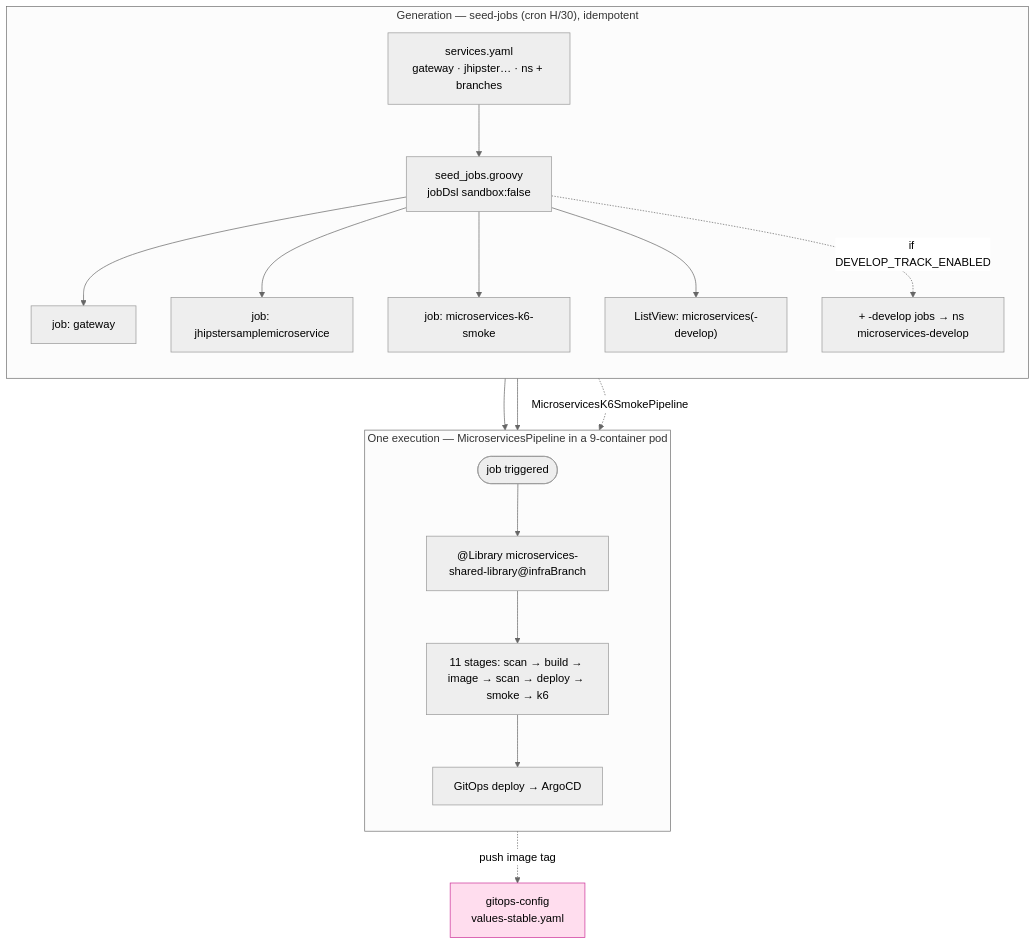
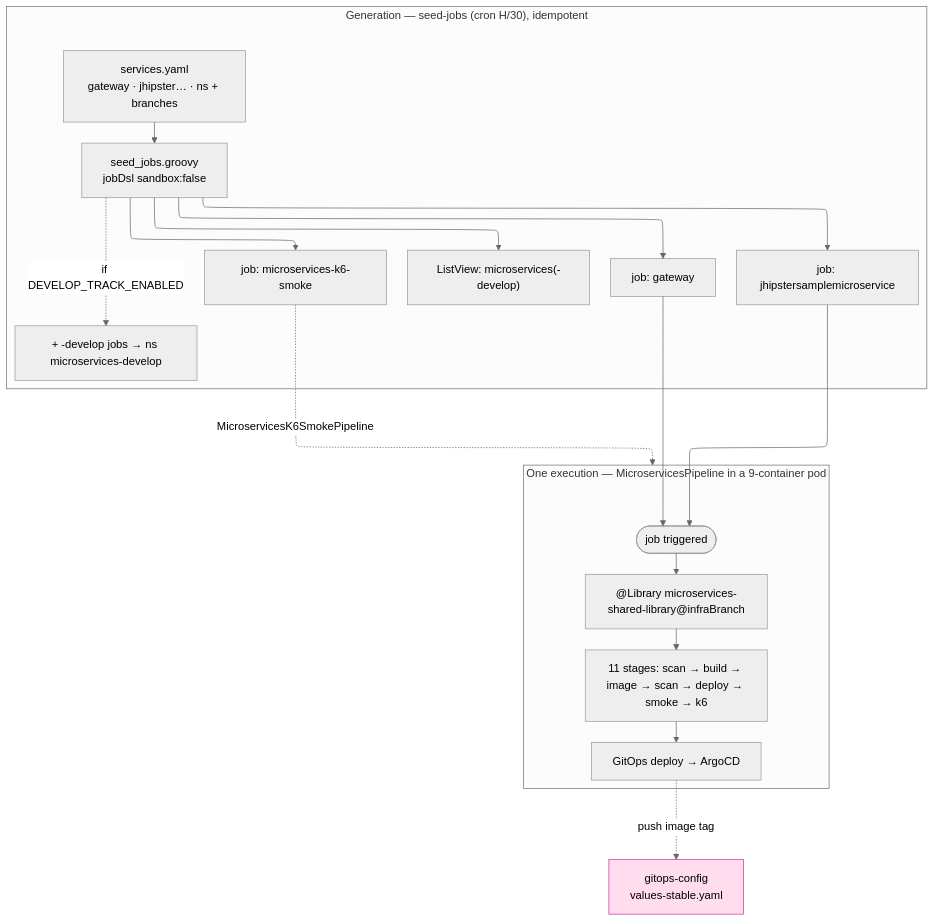
The second of 12 diagrams in docs/402-PIPELINES_AS_CODE.md (nubenetes/jenkins-2026), drawn with Mermaid (neutral theme) before and after one commit. The commit also changed other lines of this file and 14 other files, not shown here.

First line of the commit message:
docs(diagrams): repo-wide mermaid audit — fix 14 rendering defects + flagship improvements

````diff
--- a/docs/402-PIPELINES_AS_CODE.md
+++ b/docs/402-PIPELINES_AS_CODE.md
@@ -89,26 +89,30 @@
 ```mermaid
+---
+config:
+  layout: elk
+---
 flowchart TB
   subgraph gen["Generation — seed-jobs (cron H/30), idempotent"]
     direction TB
     reg["services.yaml<br/>gateway · jhipster… · ns + branches"] --> dsl[seed_jobs.groovy<br/>jobDsl sandbox:false]
     dsl --> j1["job: gateway"]
     dsl --> j2["job: jhipstersamplemicroservice"]
     dsl --> j3["job: microservices-k6-smoke"]
     dsl --> view["ListView: microservices(-develop)"]
     dsl -. if DEVELOP_TRACK_ENABLED .-> jd["+ -develop jobs → ns microservices-develop"]
   end
 
   subgraph run["One execution — MicroservicesPipeline in a 9-container pod"]
     direction TB
     s([job triggered]) --> lib["@Library microservices-shared-library@infraBranch"]
     lib --> stages["11 stages: scan → build → image → scan → deploy → smoke → k6"]
     stages --> dep[GitOps deploy → ArgoCD]
   end
 
   j1 --> s
   j2 --> s
   j3 -. MicroservicesK6SmokePipeline .-> run
   dep -. push image tag .-> reg2["gitops-config<br/>values-stable.yaml"]:::ext
 
   classDef ext fill:#fde,stroke:#c39;
 ```
````
